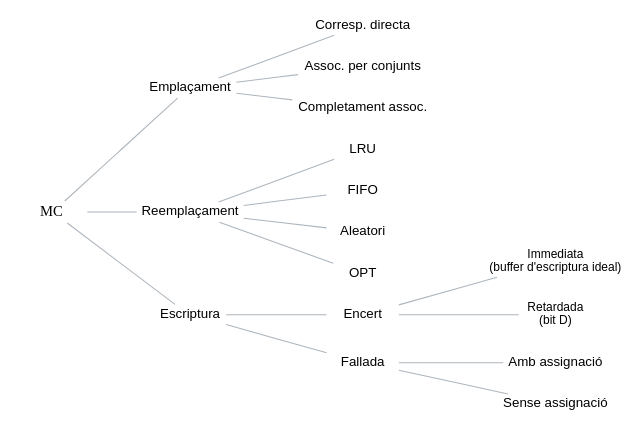
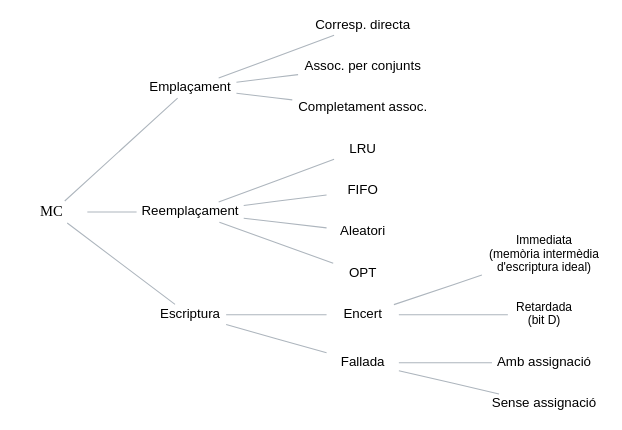
Before and after one commit to rbaig/migracio.ec.gitlab.upc.edu: the diagram in 24_specs/A7_mc_politiques_resum__graphviz.gv, drawn with Graphviz. The commit also changed 30 other files, not shown here.

```diff
--- a/24_specs/A7_mc_politiques_resum__graphviz.gv
+++ b/24_specs/A7_mc_politiques_resum__graphviz.gv
@@ -1,74 +1,74 @@
 digraph mc_politiques {
     rankdir=LR;
     splines=line;
     nodesep=0.22;
     ranksep=0.52;
 
     node [
         shape=none,
         fontname="Liberation Sans",
         fontsize=10,
         margin="0.06,0.03",
         height=0.2
     ];
 
     edge [
         arrowhead=none,
         color="#adb5bd",
         penwidth=0.8
     ];
 
     /* Arrel */
     MC [label="MC", fontsize=11, fontname="Liberation Sans Bold"];
 
     /* Nivell 1 */
     Emp  [label="Emplaçament"];
     Ree  [label="Reemplaçament"];
     Esc  [label="Escriptura"];
 
     /* Emplaçament */
     ED   [label="Corresp. directa"];
     EAC  [label="Assoc. per conjunts"];
     ETA  [label="Completament assoc."];
 
     /* Reemplaçament */
     RLRU [label="LRU"];
     RFIFO[label="FIFO"];
     RRand[label="Aleatori"];
     ROPT [label="OPT"];
 
     /* Escriptura */
     EEnc [label="Encert"];
     EFal [label="Fallada"];
 
     /* Escriptura → Encert */
-    EEI  [label="Immediata\n(buffer d'escriptura ideal)", fontsize=9];
+    EEI  [label="Immediata\n(memòria intermèdia\nd'escriptura ideal)", fontsize=9];
     EER  [label="Retardada\n(bit D)", fontsize=9];
 
     /* Escriptura → Fallada */
     EFA  [label="Amb assignació"];
     EFSA [label="Sense assignació"];
 
     /* Arcs */
     MC   -> Emp;
     MC   -> Ree;
     MC   -> Esc;
 
     Emp  -> ED;
     Emp  -> EAC;
     Emp  -> ETA;
 
     Ree  -> RLRU;
     Ree  -> RFIFO;
     Ree  -> RRand;
     Ree  -> ROPT;
 
     Esc  -> EEnc;
     Esc  -> EFal;
 
     EEnc -> EEI;
     EEnc -> EER;
 
     EFal -> EFA;
     EFal -> EFSA;
 }
```
